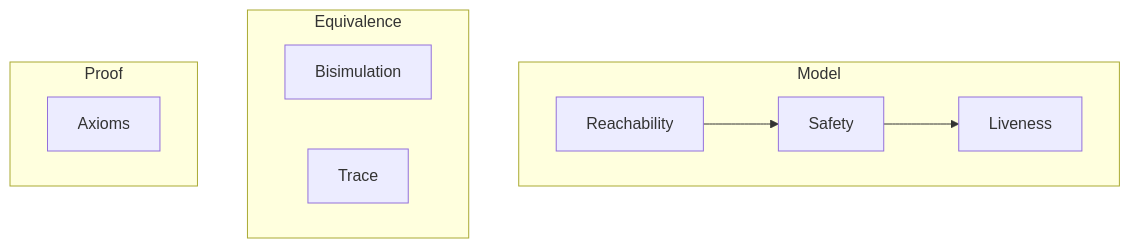
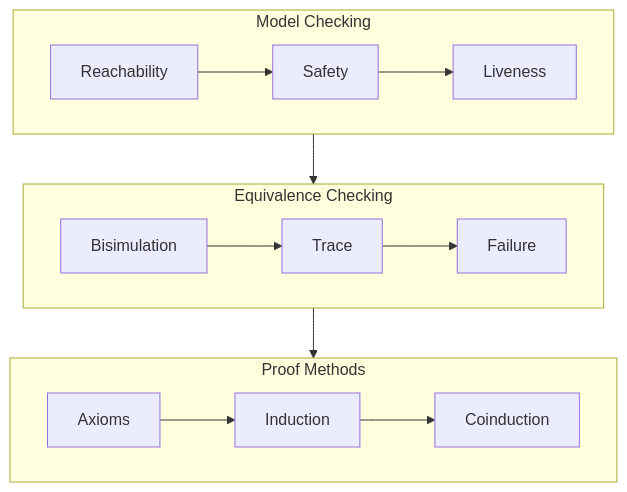
The sixth of 9 diagrams in process-algebra-verifier/docs/theory.md (yshaaban/pa), drawn with Mermaid before and after one commit. The commit also changed other lines of this file, not shown here.

First line of the commit message:
fix: further improve theory.md mermaid diagrams

````diff
--- a/process-algebra-verifier/docs/theory.md
+++ b/process-algebra-verifier/docs/theory.md
@@ -138,23 +152,28 @@
 ```mermaid
 graph TB
-    Reach[Reachability]
-    Safety[Safety]
-    Live[Liveness]
-    Bisim[Bisimulation]
-    Trace[Trace]
-    Axiom[Axioms]
-
-    subgraph Model
-        Reach --> Safety
-        Safety --> Live
+    subgraph Model[Model Checking]
+        direction LR
+        Reach[Reachability]
+        Safety[Safety]
+        Live[Liveness]
+        Reach --> Safety --> Live
     end
 
-    subgraph Equivalence
-        Bisim
-        Trace
+    subgraph Equiv[Equivalence Checking]
+        direction LR
+        Bisim[Bisimulation]
+        Trace[Trace]
+        Fail[Failure]
+        Bisim --> Trace --> Fail
     end
 
-    subgraph Proof
-        Axiom
+    subgraph Proof[Proof Methods]
+        direction LR
+        Axiom[Axioms]
+        Ind[Induction]
+        Coind[Coinduction]
+        Axiom --> Ind --> Coind
     end
+
+    Model --> Equiv --> Proof
 ```
````
